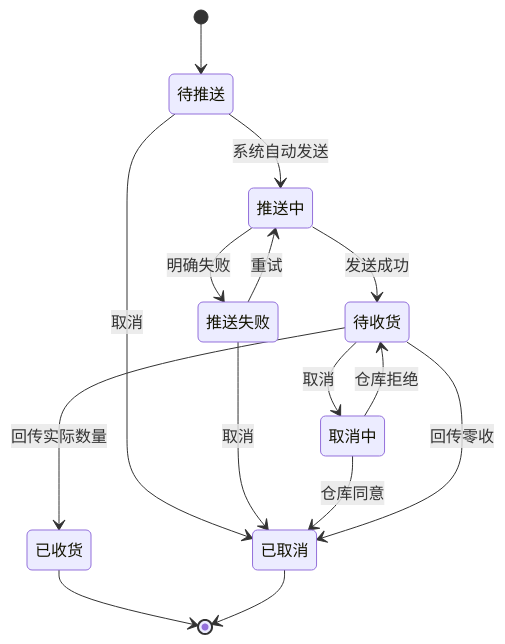
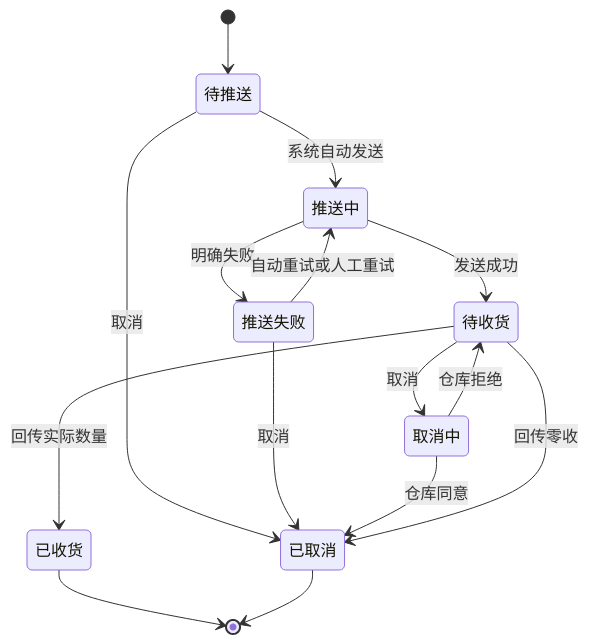
One commit to TopVitamin/QS-ERP-Project changed the second of 2 diagrams in 04-产品设计方案/20260812-ERP项目第一版框架搭建/需求文档PRD/2-采购管理/采购收货通知单/采购收货通知单主PRD.md. Above: the diagram before and after it, drawn with Mermaid. The commit also changed other lines of this file and 101 other files, not shown here.

````diff
--- a/04-产品设计方案/20260812-ERP项目第一版框架搭建/需求文档PRD/2-采购管理/采购收货通知单/采购收货通知单主PRD.md
+++ b/04-产品设计方案/20260812-ERP项目第一版框架搭建/需求文档PRD/2-采购管理/采购收货通知单/采购收货通知单主PRD.md
@@ -170,17 +176,17 @@
 ```mermaid
 stateDiagram-v2
     [*] --> 待推送
     待推送 --> 推送中: 系统自动发送
     推送中 --> 待收货: 发送成功
     推送中 --> 推送失败: 明确失败
-    推送失败 --> 推送中: 重试
+    推送失败 --> 推送中: 自动重试或人工重试
     待推送 --> 已取消: 取消
     推送失败 --> 已取消: 取消
     待收货 --> 取消中: 取消
     取消中 --> 待收货: 仓库拒绝
     取消中 --> 已取消: 仓库同意
     待收货 --> 已收货: 回传实际数量
     待收货 --> 已取消: 回传零收
     已收货 --> [*]
     已取消 --> [*]
 ```
````
